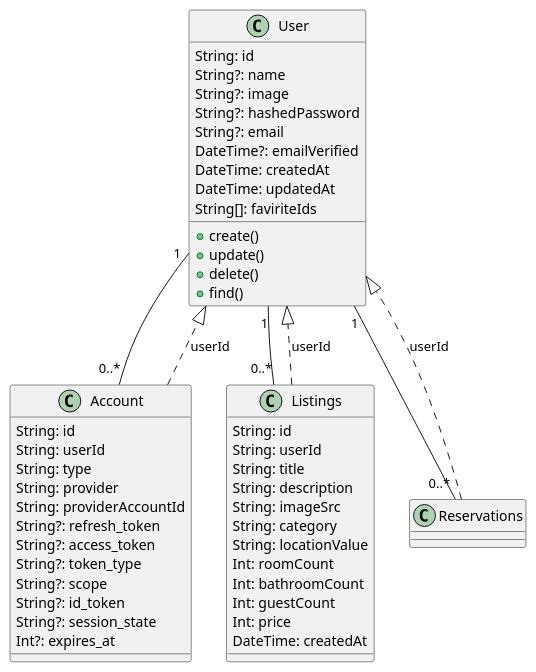
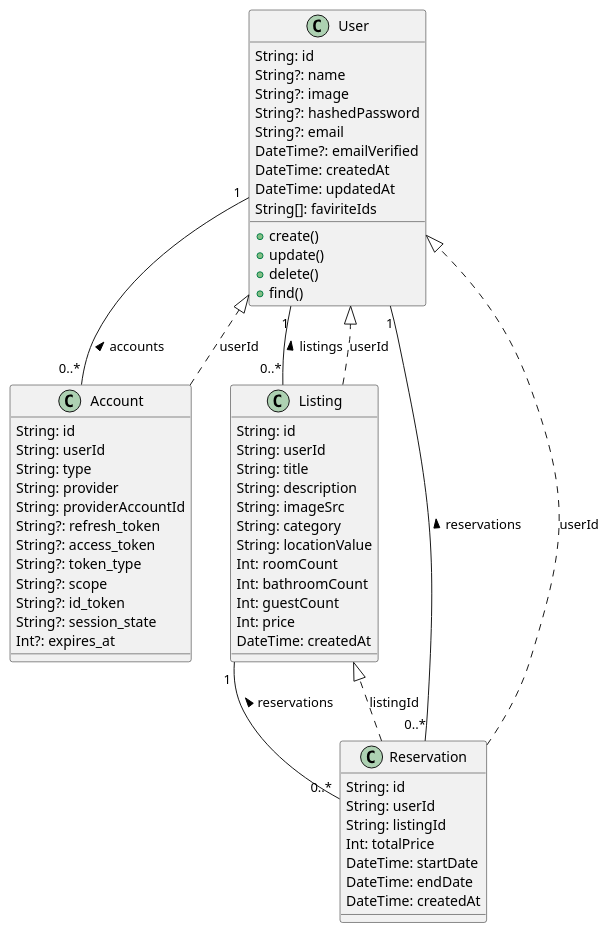
One commit to siqueira-gustavo/airbnb-clone changed the diagram in prima.puml. Above: the diagram before and after it, drawn with PlantUML. The commit also changed 11 other files, not shown here.

```diff
--- a/prima.puml
+++ b/prima.puml
@@ -1,61 +1,72 @@
-@startuml
+@startuml PrismaModel
 class User {
   String: id
   String?: name
   String?: image
   String?: hashedPassword
   String?: email
   DateTime?: emailVerified
   DateTime: createdAt
   DateTime: updatedAt
   String[]: faviriteIds
   + create()
   + update()
   + delete()
   + find()
 }
 
 class Account {
   String: id
   String: userId
   String: type
   String: provider
   String: providerAccountId
   String?: refresh_token
   String?: access_token
   String?: token_type
   String?: scope
   String?: id_token
   String?: session_state
   Int?: expires_at
 }
 
-class Listings {
+class Listing {
   String: id
   String: userId
   String: title
   String: description
   String: imageSrc
   String: category
   String: locationValue
   Int: roomCount
   Int: bathroomCount
   Int: guestCount
   Int: price
-  DateTime: createdAt
+  DateTime: createdAt  
 }
 
-class Reservations {
+class Reservation {
+  String: id
+  String: userId
+  String: listingId
+  Int: totalPrice
+  DateTime: startDate
+  DateTime: endDate
+  DateTime: createdAt  
 }
 
-User "1" -- "0..*" Account
-User "1" -- "0..*" Listings
-User "1" -- "0..*" Reservations
+User "1" -- "0..*" Account : accounts <
+User "1" -- "0..*" Listing : listings <
+User "1" -- "0..*" Reservation : reservations <
 
-Account ..|> User: userId
+Account ..|> User : userId
 
-Listings ..|> User: userId
+Listing ..|> User : userId
 
-Reservations ..|> User: userId
+Reservation ..|> User : userId
+
+Listing "1" -- "0..*" Reservation : reservations <
+
+Reservation ..|> Listing : listingId
 
 @enduml
```
